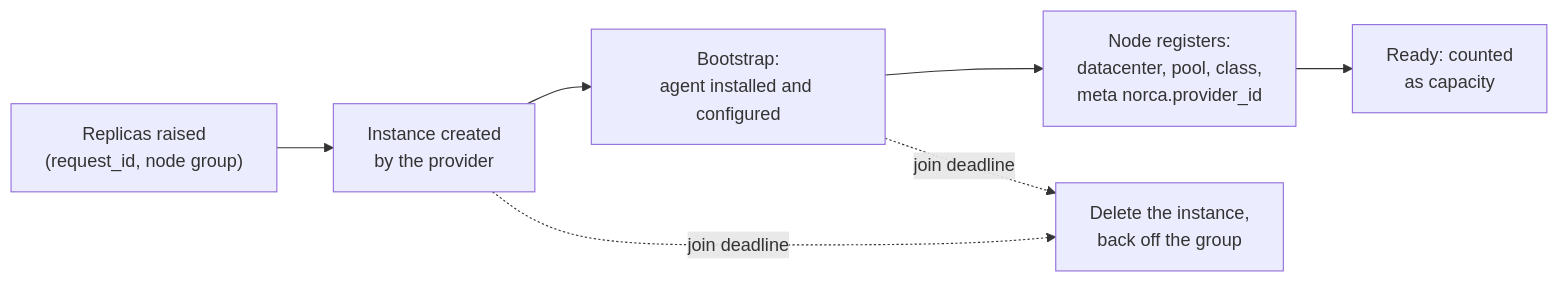
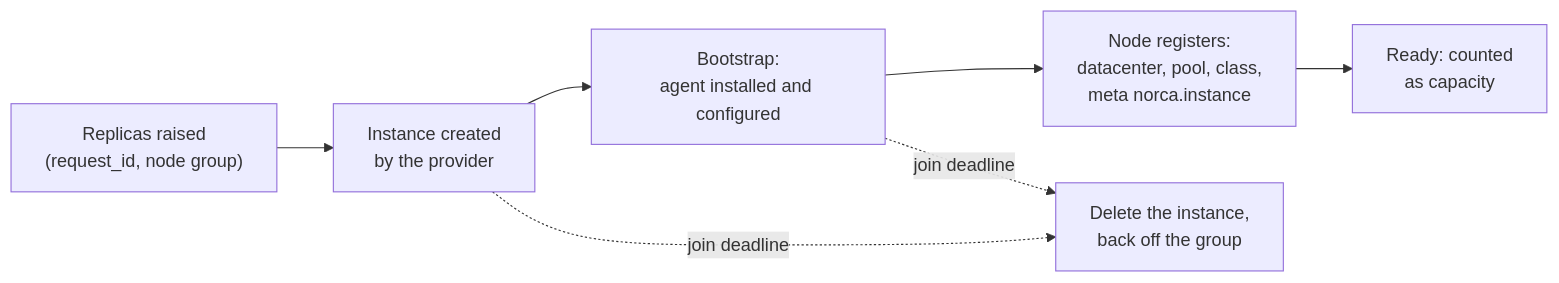
Before and after one commit to bacanoo-io/norca-doc: the eighth of 12 diagrams in content/docs/design/cluster-scaling-plan.md, drawn with Mermaid. The commit also changed other lines of this file, not shown here.

````diff
--- a/content/docs/design/cluster-scaling-plan.md
+++ b/content/docs/design/cluster-scaling-plan.md
@@ -460,9 +464,9 @@
 ```mermaid
 flowchart LR
   R["Replicas raised<br/>(request_id, node group)"] --> I["Instance created<br/>by the provider"]
   I --> B["Bootstrap:<br/>agent installed and configured"]
-  B --> J["Node registers:<br/>datacenter, pool, class,<br/>meta norca.provider_id"]
+  B --> J["Node registers:<br/>datacenter, pool, class,<br/>meta norca.instance"]
   J --> OK["Ready: counted<br/>as capacity"]
   I -. "join deadline" .-> X["Delete the instance,<br/>back off the group"]
   B -. "join deadline" .-> X
 ```
````
